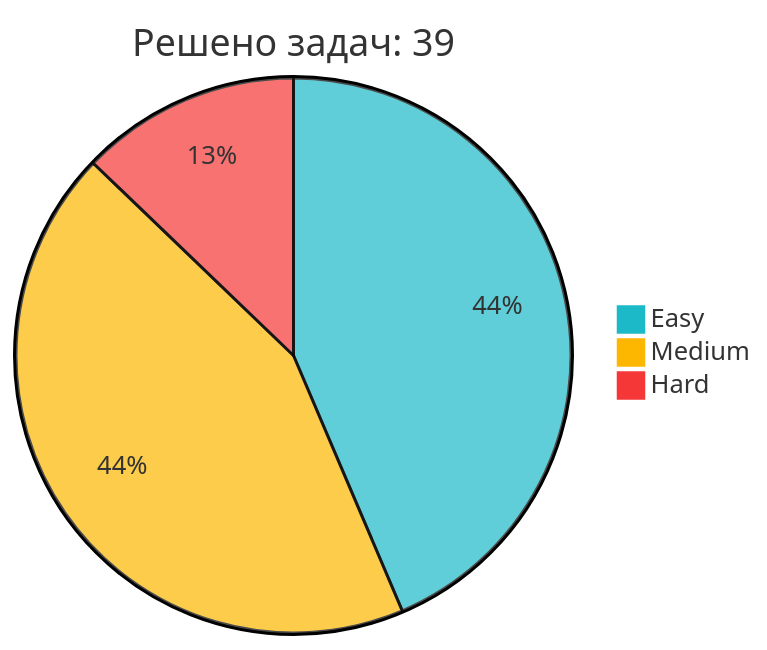
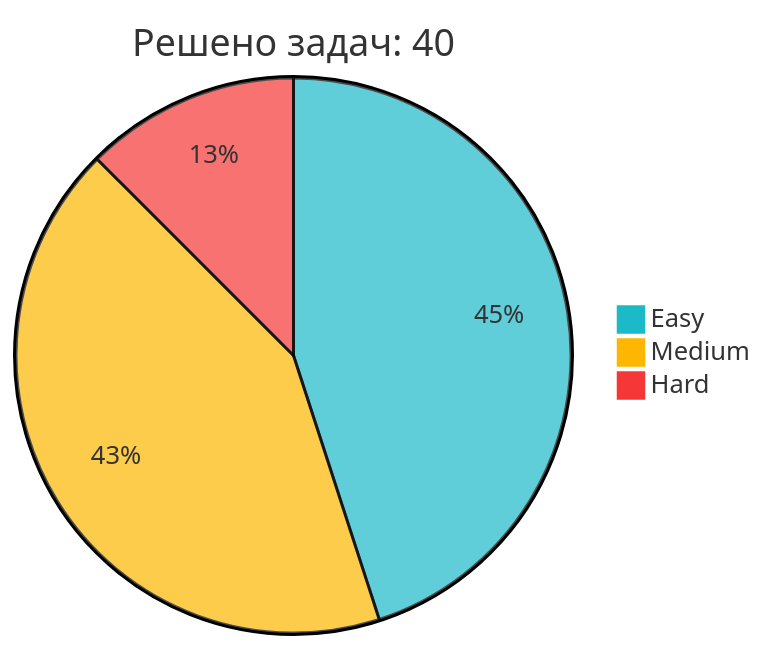
The diagram in README.md (IliaKurdukov/IliaKurdukov), drawn with Mermaid before and after one commit. The commit also changed other lines of this file, not shown here.

````diff
--- a/README.md
+++ b/README.md
@@ -51,7 +51,7 @@
 ```mermaid
 %%{init: {'theme': 'base', 'themeVariables': { 'pie1': '#1CBAC8', 'pie2': '#FEB700', 'pie3': '#F63737' }, 'config': {'width': 300, 'height': 200}}}%%
-pie title Решено задач: 39
-   "Easy" : 17
+pie title Решено задач: 40
+   "Easy" : 18
    "Medium" : 17
    "Hard" : 5
 ```
````
